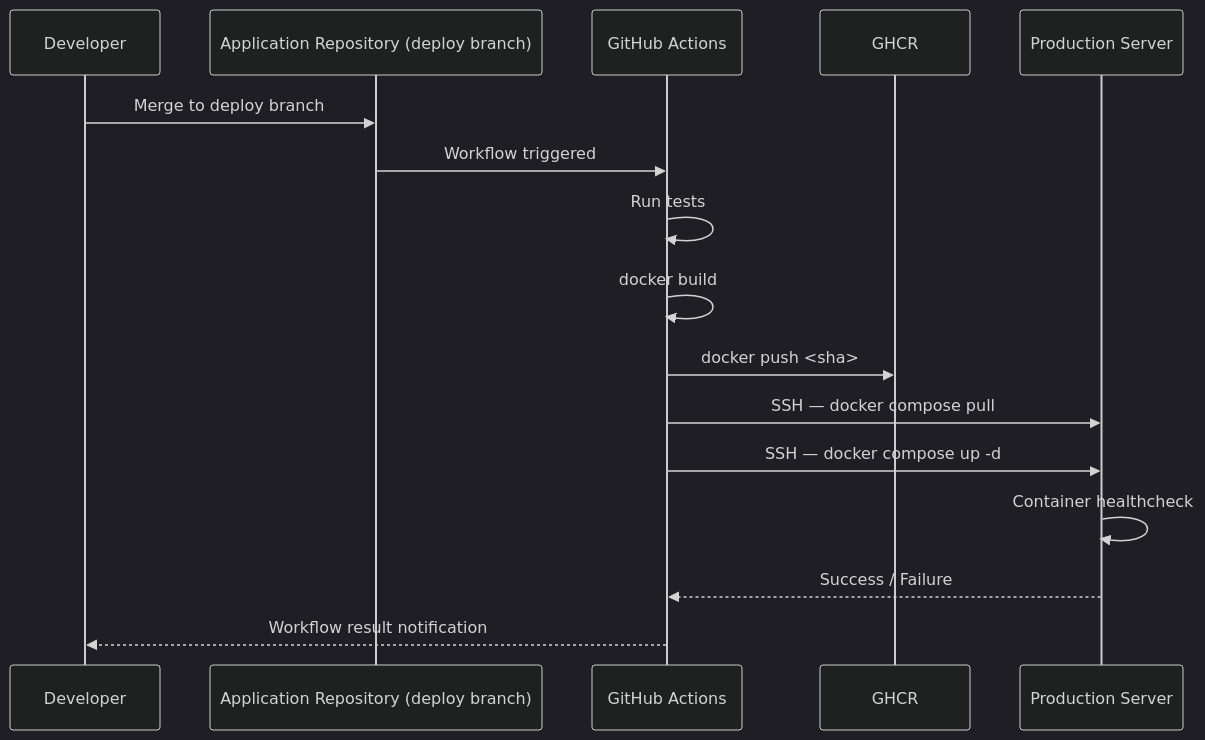
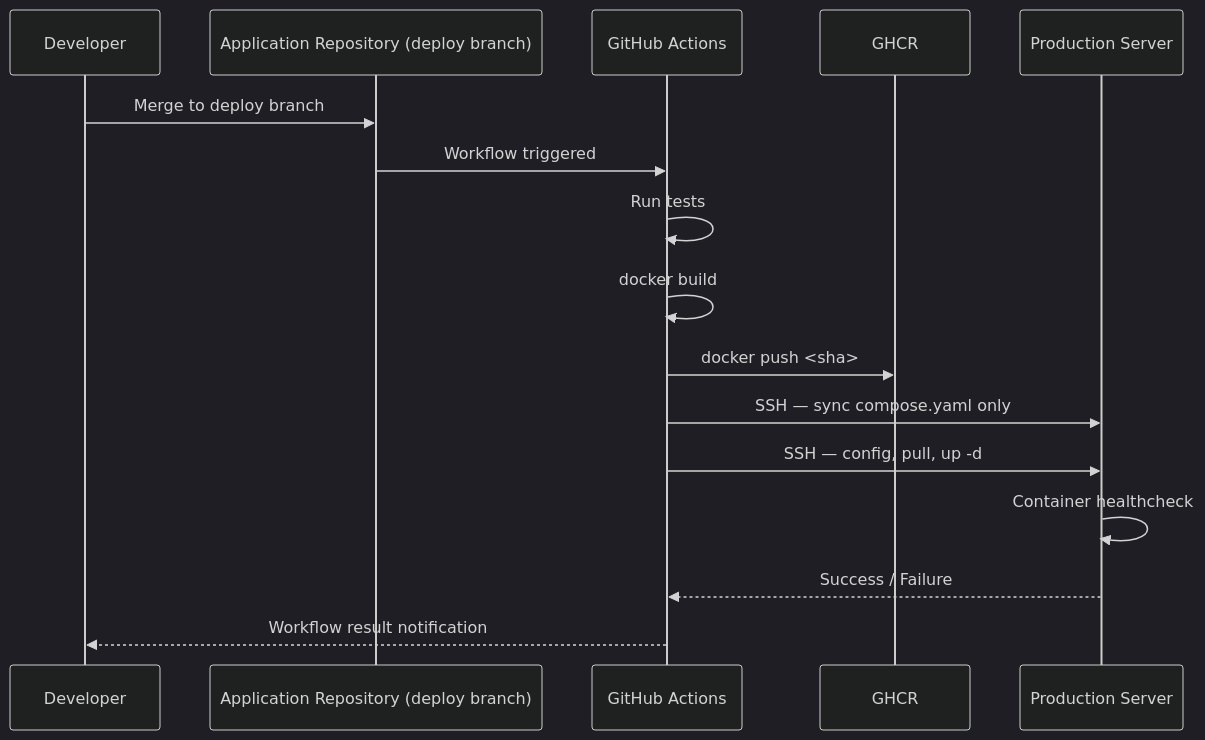
One commit to Basith-08/platform-production changed the first of 2 diagrams in docs/01-architecture/ARCH-005-deployment-strategy.md. Above: the diagram before and after it, drawn with Mermaid (dark theme). The commit also changed other lines of this file and 56 other files, not shown here.

````diff
--- a/docs/01-architecture/ARCH-005-deployment-strategy.md
+++ b/docs/01-architecture/ARCH-005-deployment-strategy.md
@@ -50,19 +50,19 @@
 ```mermaid
 sequenceDiagram
     participant Dev as Developer
     participant Repo as Application Repository (deploy branch)
     participant CI as GitHub Actions
     participant Reg as GHCR
     participant Prod as Production Server
 
     Dev->>Repo: Merge to deploy branch
     Repo->>CI: Workflow triggered
     CI->>CI: Run tests
     CI->>CI: docker build
     CI->>Reg: docker push <sha>
-    CI->>Prod: SSH — docker compose pull
-    CI->>Prod: SSH — docker compose up -d
+    CI->>Prod: SSH — sync compose.yaml only
+    CI->>Prod: SSH — config, pull, up -d
     Prod->>Prod: Container healthcheck
     Prod-->>CI: Success / Failure
     CI-->>Dev: Workflow result notification
 ```
````
